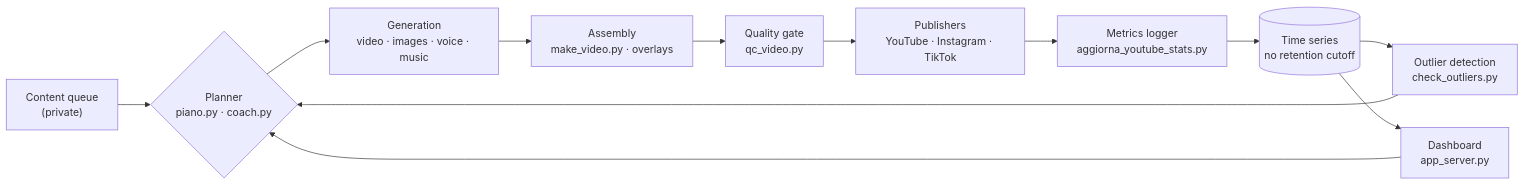
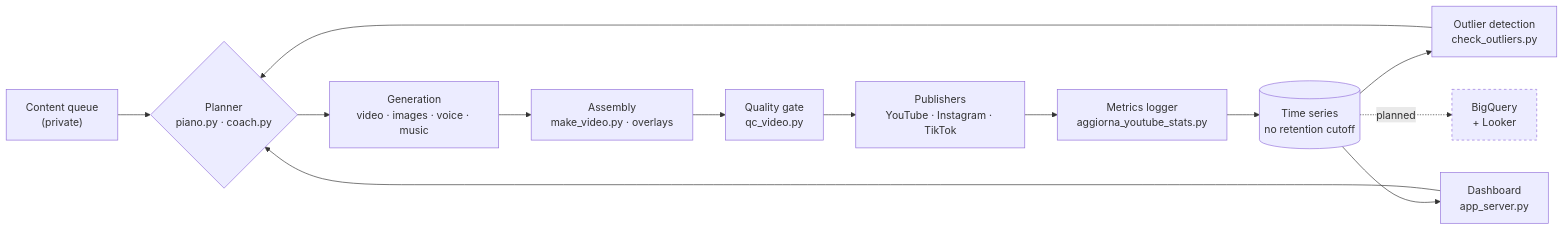
One commit to matteobalducci/calciovich-content-pipeline changed the diagram in README.md. Above: the diagram before and after it, drawn with Mermaid. The commit also changed other lines of this file, not shown here.

First line of the commit message:
docs: correct the framing — measurement is thin today, analytics stack is roadmap

````diff
--- a/README.md
+++ b/README.md
@@ -27,14 +20,16 @@
 ```mermaid
 flowchart LR
   Q["Content queue<br/>(private)"] --> P{"Planner<br/>piano.py · coach.py"}
   P --> G["Generation<br/>video · images · voice · music"]
   G --> A["Assembly<br/>make_video.py · overlays"]
   A --> QC["Quality gate<br/>qc_video.py"]
   QC --> PUB["Publishers<br/>YouTube · Instagram · TikTok"]
   PUB --> M["Metrics logger<br/>aggiorna_youtube_stats.py"]
   M --> TS[("Time series<br/>no retention cutoff")]
   TS --> OUT["Outlier detection<br/>check_outliers.py"]
   TS --> DASH["Dashboard<br/>app_server.py"]
   OUT --> P
   DASH --> P
+  TS -.planned.-> BQ["BigQuery<br/>+ Looker"]
+  style BQ stroke-dasharray: 4 4
 ```
````
